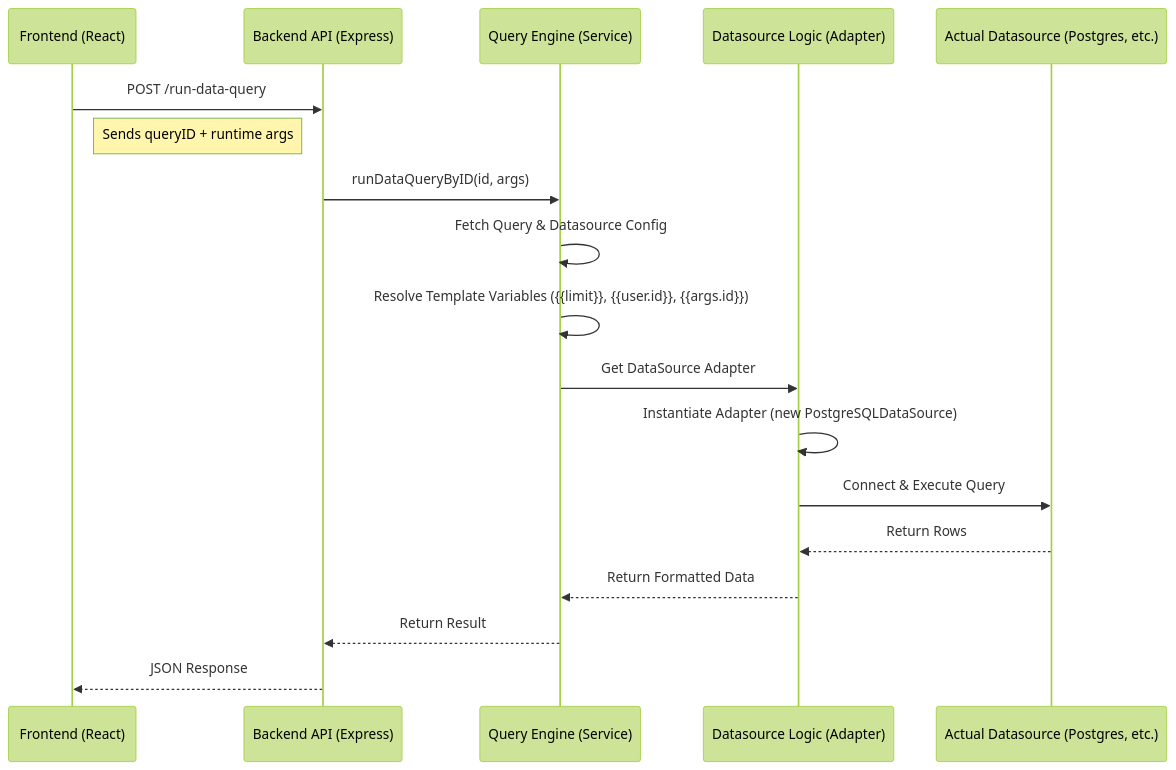
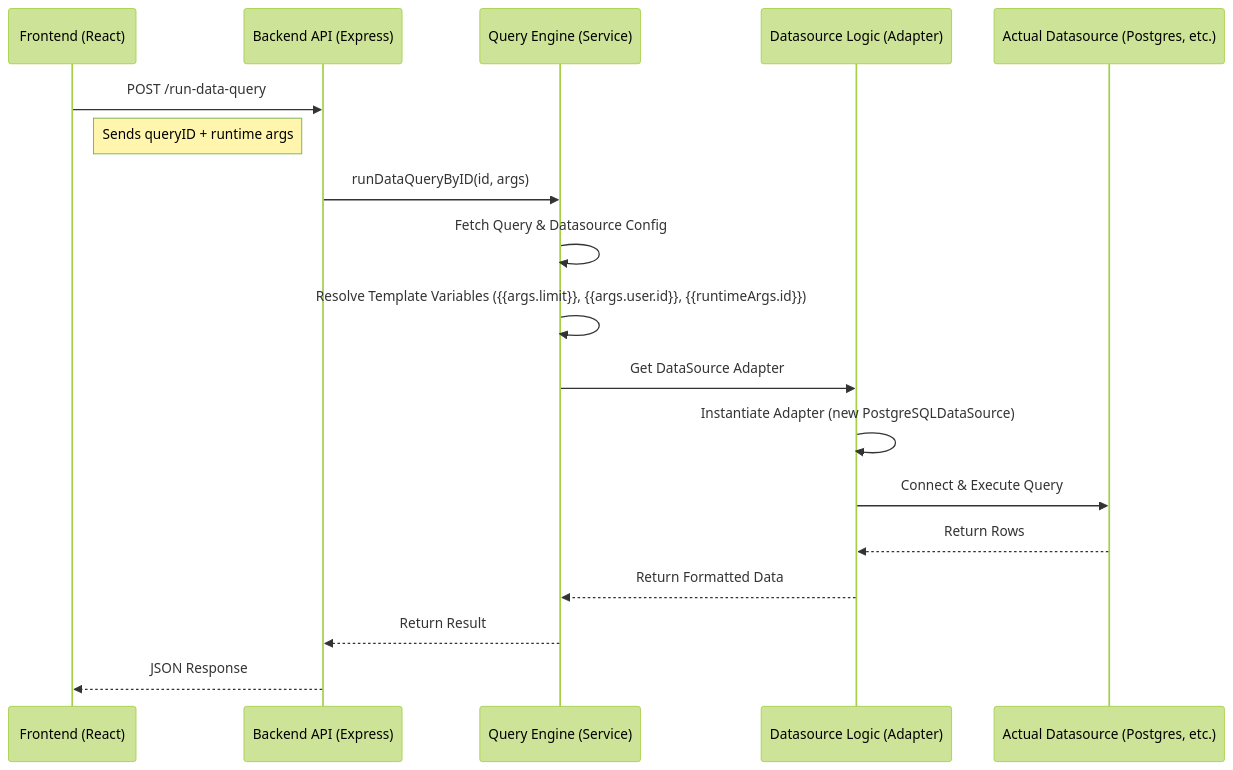
Before and after one commit to Jet-labs/jet-admin: the diagram in docs/docs/features/data-query/overview.mdx, drawn with Mermaid (forest theme). The commit also changed other lines of this file and 501 other files, not shown here.

````diff
--- a/docs/docs/features/data-query/overview.mdx
+++ b/docs/docs/features/data-query/overview.mdx
@@ -18,21 +18,21 @@
 ```mermaid
 sequenceDiagram
     participant FE as Frontend (React)
     participant API as Backend API (Express)
     participant QE as Query Engine (Service)
     participant DL as Datasource Logic (Adapter)
     participant DB as Actual Datasource (Postgres, etc.)
 
     FE->>API: POST /run-data-query
     Note right of FE: Sends queryID + runtime args
     API->>QE: runDataQueryByID(id, args)
     QE->>QE: Fetch Query & Datasource Config
-    QE->>QE: Resolve Template Variables ({{limit}}, {{user.id}}, {{args.id}})
+    QE->>QE: Resolve Template Variables ({{args.limit}}, {{args.user.id}}, {{runtimeArgs.id}})
     QE->>DL: Get DataSource Adapter
     DL->>DL: Instantiate Adapter (new PostgreSQLDataSource)
     DL->>DB: Connect & Execute Query
     DB-->>DL: Return Rows
     DL-->>QE: Return Formatted Data
     QE-->>API: Return Result
     API-->>FE: JSON Response
 ```
````
